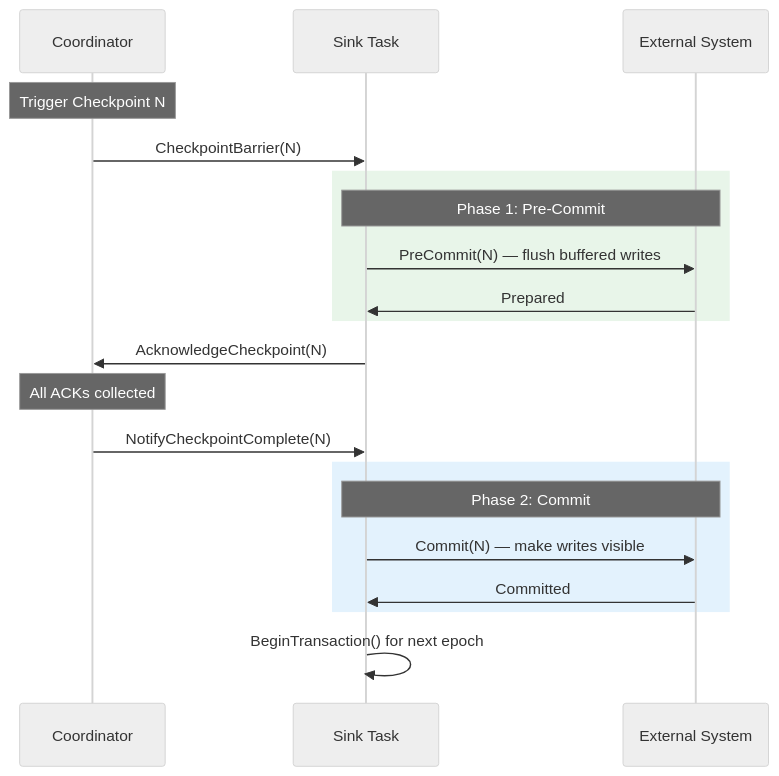
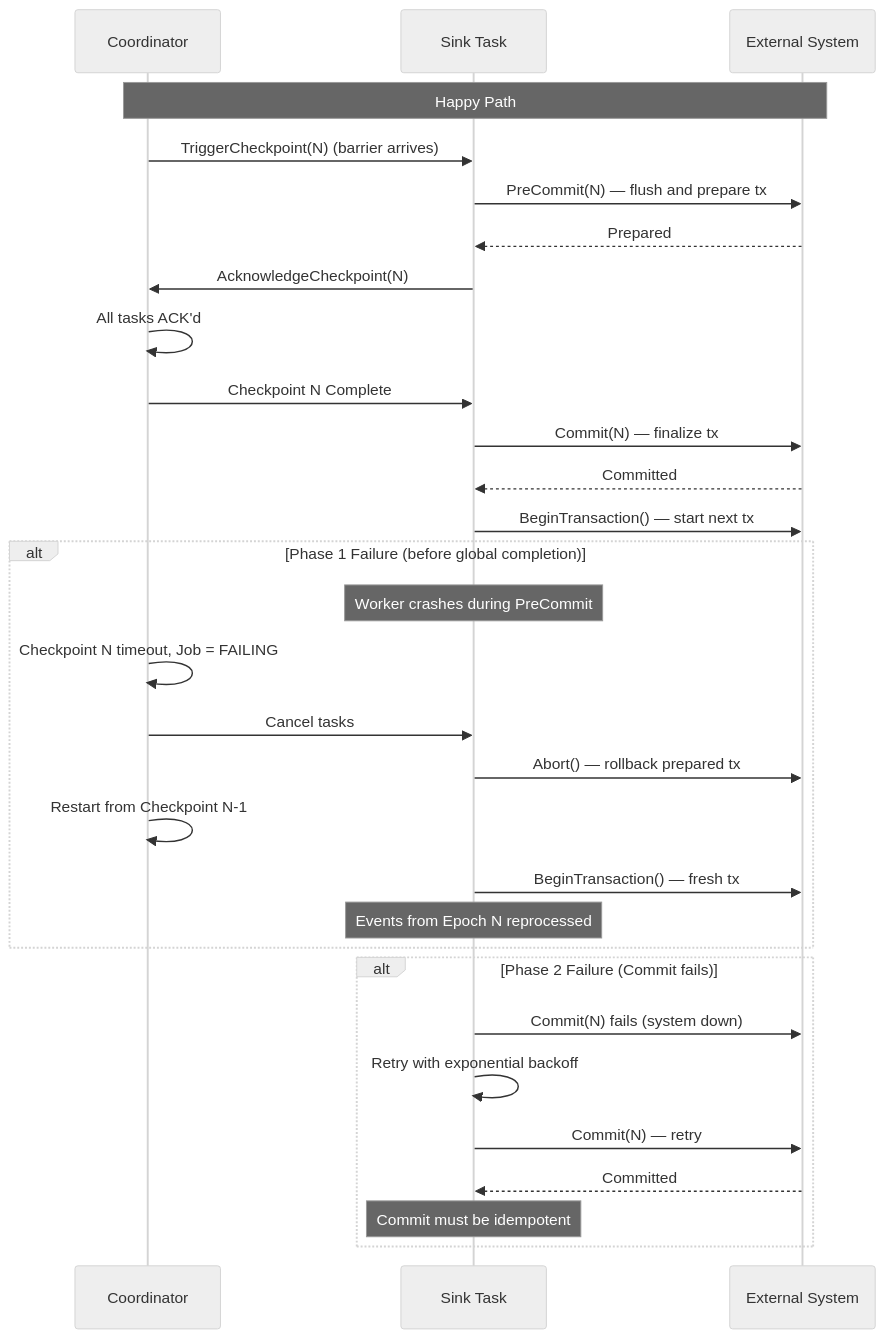
One commit to tarungka/wire changed the first of 2 diagrams in docs/trds/WIP-10/README.md. Above: the diagram before and after it, drawn with Mermaid (neutral theme). The commit also changed 200 other files, not shown here.

First line of the commit message:
feat: rewrite the entire architecture and the codebase (#148)

````diff
--- a/docs/trds/WIP-10/README.md
+++ b/docs/trds/WIP-10/README.md
@@ -89,27 +91,35 @@
 ```mermaid
 sequenceDiagram
     participant C as Coordinator
     participant S as Sink Task
-    participant E as External System
+    participant Ext as External System
 
-    Note over C: Trigger Checkpoint N
-    C->>S: CheckpointBarrier(N)
+    Note over C,Ext: Happy Path
+    C->>S: TriggerCheckpoint(N) (barrier arrives)
+    S->>Ext: PreCommit(N) — flush and prepare tx
+    Ext-->>S: Prepared
+    S->>C: AcknowledgeCheckpoint(N)
+    C->>C: All tasks ACK'd
+    C->>S: Checkpoint N Complete
+    S->>Ext: Commit(N) — finalize tx
+    Ext-->>S: Committed
+    S->>Ext: BeginTransaction() — start next tx
 
-    rect rgb(232, 245, 233)
-        Note over S,E: Phase 1: Pre-Commit
-        S->>E: PreCommit(N) — flush buffered writes
-        E->>S: Prepared
+    alt Phase 1 Failure (before global completion)
+        Note over S: Worker crashes during PreCommit
+        C->>C: Checkpoint N timeout, Job = FAILING
+        C->>S: Cancel tasks
+        S->>Ext: Abort() — rollback prepared tx
+        C->>C: Restart from Checkpoint N-1
+        S->>Ext: BeginTransaction() — fresh tx
+        Note over S: Events from Epoch N reprocessed
     end
 
-    S->>C: AcknowledgeCheckpoint(N)
-    Note over C: All ACKs collected
-    C->>S: NotifyCheckpointComplete(N)
-
-    rect rgb(227, 242, 253)
-        Note over S,E: Phase 2: Commit
-        S->>E: Commit(N) — make writes visible
-        E->>S: Committed
+    alt Phase 2 Failure (Commit fails)
+        S->>Ext: Commit(N) fails (system down)
+        S->>S: Retry with exponential backoff
+        S->>Ext: Commit(N) — retry
+        Ext-->>S: Committed
+        Note over S: Commit must be idempotent
     end
-
-    S->>S: BeginTransaction() for next epoch
 ```
````
